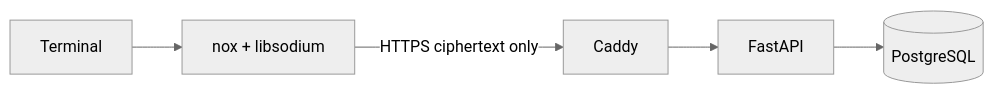
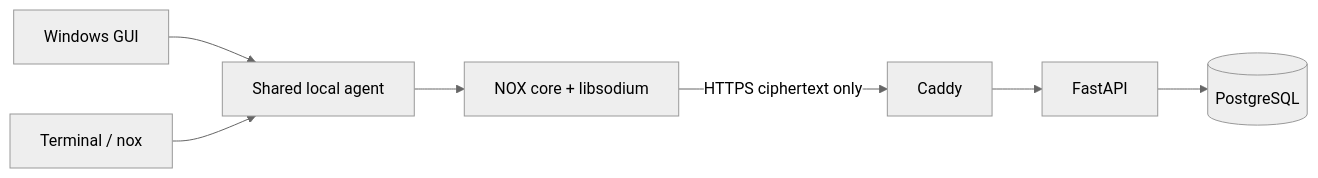
The diagram in README.md (Progerleonid/NOX-Vault), drawn with Mermaid (neutral theme) before and after one commit. The commit also changed other lines of this file and 43 other files, not shown here.

Commit message:
feat: add Windows GUI and shared agent

````diff
--- a/README.md
+++ b/README.md
@@ -29,7 +29,9 @@
 ```mermaid
 flowchart LR
-    T["Terminal"] --> N["nox + libsodium"]
+    G["Windows GUI"] --> A["Shared local agent"]
+    T["Terminal / nox"] --> A
+    A --> N["NOX core + libsodium"]
     N -->|"HTTPS ciphertext only"| C["Caddy"]
     C --> F["FastAPI"]
     F --> P[("PostgreSQL")]
 ```
````
